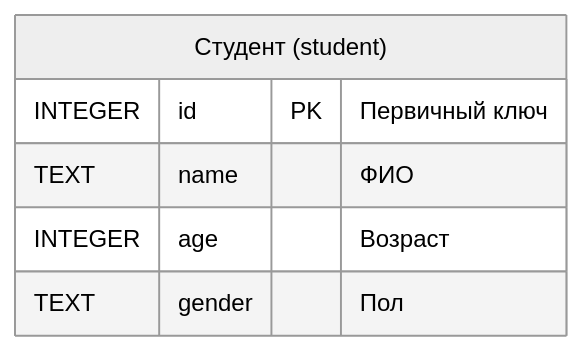
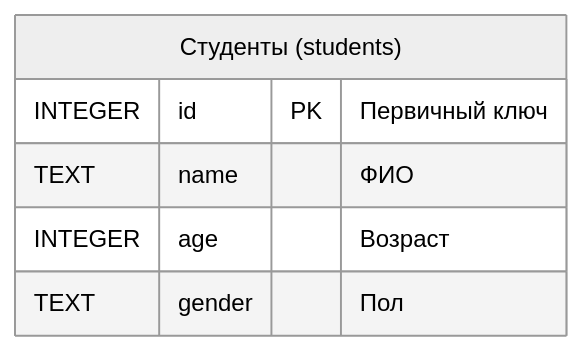
One commit to vshp-online/it.vshp.online changed the diagram in disciplines/it03/lectures/includes/academy_students_db/academy_students.mermaid. Above: the diagram before and after it, drawn with Mermaid (neutral theme). The commit also changed 8 other files, not shown here.

```diff
--- a/disciplines/it03/lectures/includes/academy_students_db/academy_students.mermaid
+++ b/disciplines/it03/lectures/includes/academy_students_db/academy_students.mermaid
@@ -1,8 +1,8 @@
 erDiagram
   %% Сущность каталога студентов
-  students["Студент (student)"] {
+  students["Студенты (students)"] {
     INTEGER    id PK     "Первичный ключ"
     TEXT       name      "ФИО"
     INTEGER    age       "Возраст"
     TEXT       gender    "Пол"
   }
```
